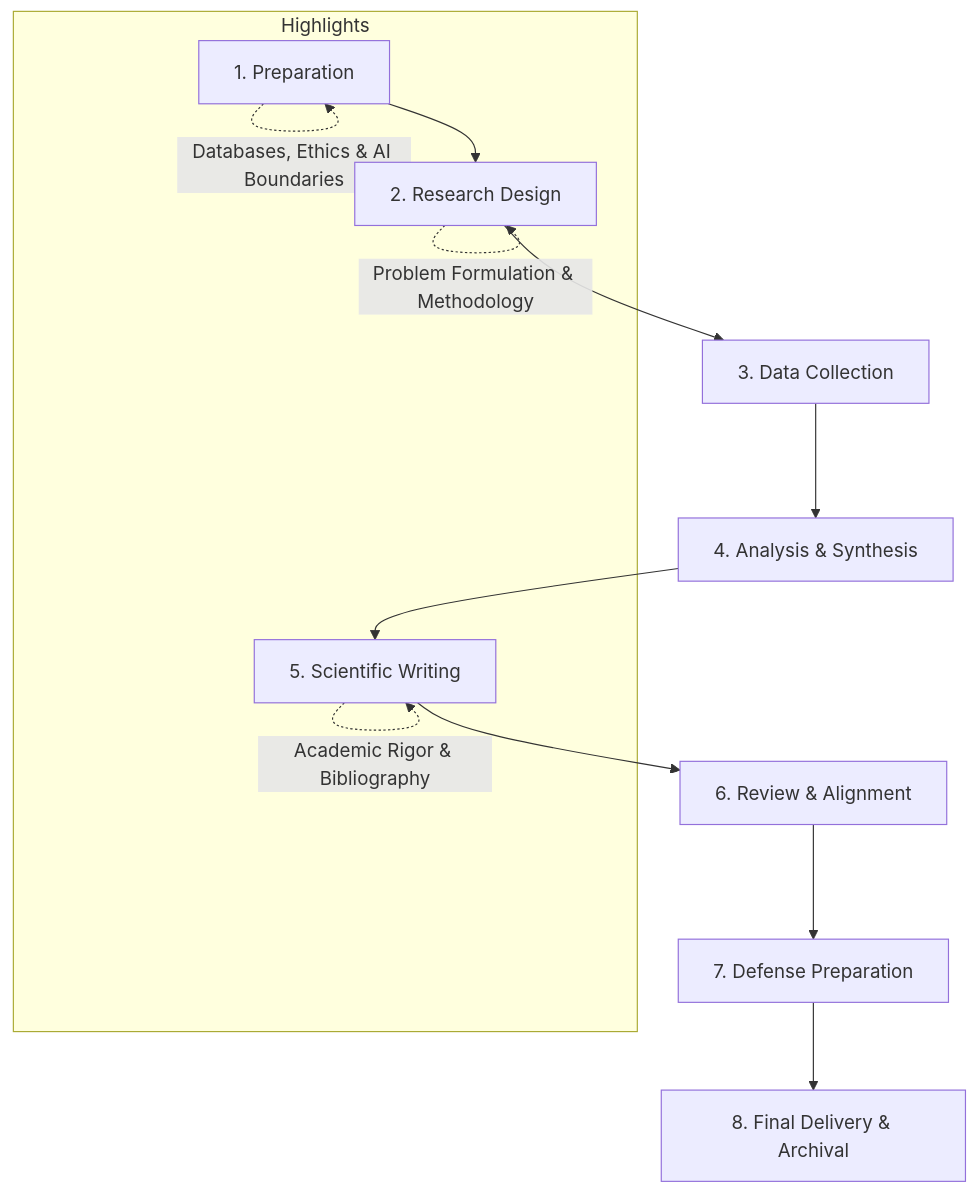
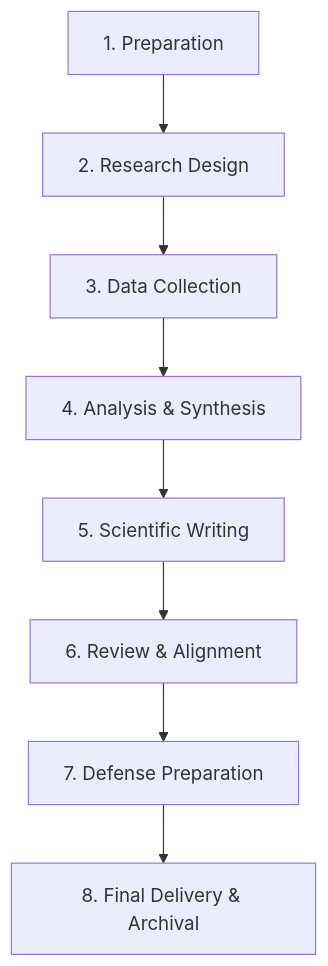
The first of 2 diagrams in README.md (mathiascar7/do4learn), drawn with Mermaid before and after one commit. The commit also changed other lines of this file, not shown here.

Commit message:
fix(docs): resolve GitHub Mermaid parser error in Technical Architecture diagram

````diff
--- a/README.md
+++ b/README.md
@@ -62,16 +62,10 @@
 ```mermaid
-graph TD
-    A[1. Preparation] --> B[2. Research Design]
-    B --> C[3. Data Collection]
-    C --> D[4. Analysis & Synthesis]
-    D --> E[5. Scientific Writing]
-    E --> F[6. Review & Alignment]
-    F --> G[7. Defense Preparation]
-    G --> H[8. Final Delivery & Archival]
-    
-    subgraph Highlights
-    A -.->|Databases, Ethics & AI Boundaries| A
-    B -.->|Problem Formulation & Methodology| B
-    E -.->|Academic Rigor & Bibliography| E
-    end
+flowchart TD
+    A["1. Preparation"] --> B["2. Research Design"]
+    B --> C["3. Data Collection"]
+    C --> D["4. Analysis & Synthesis"]
+    D --> E["5. Scientific Writing"]
+    E --> F["6. Review & Alignment"]
+    F --> G["7. Defense Preparation"]
+    G --> H["8. Final Delivery & Archival"]
 ```
````
